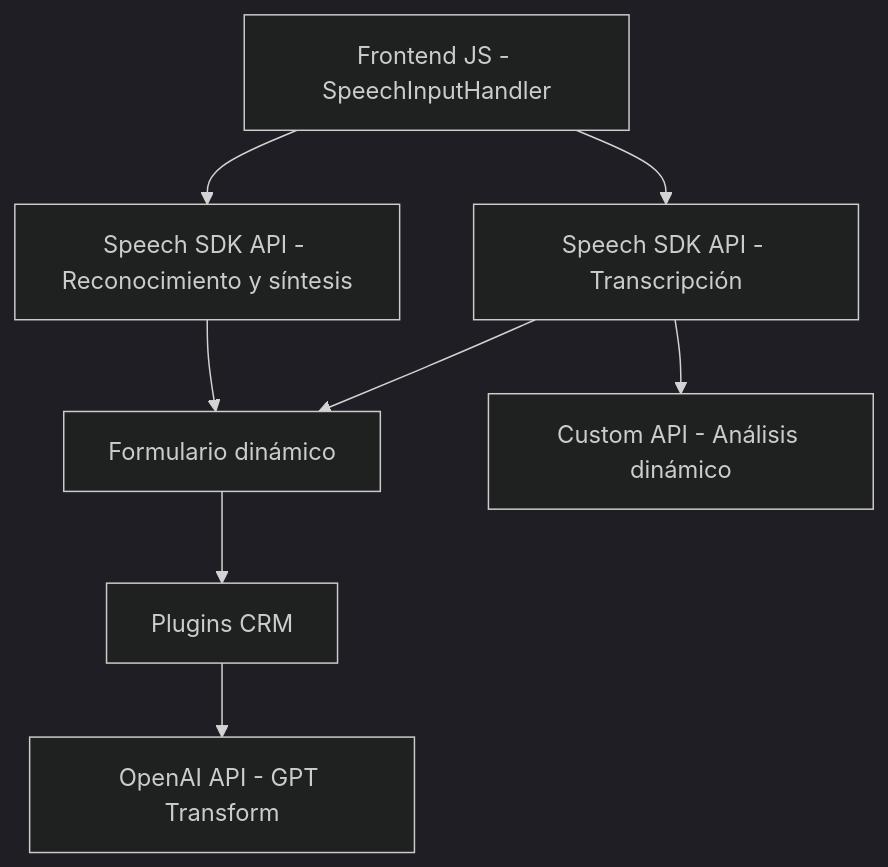
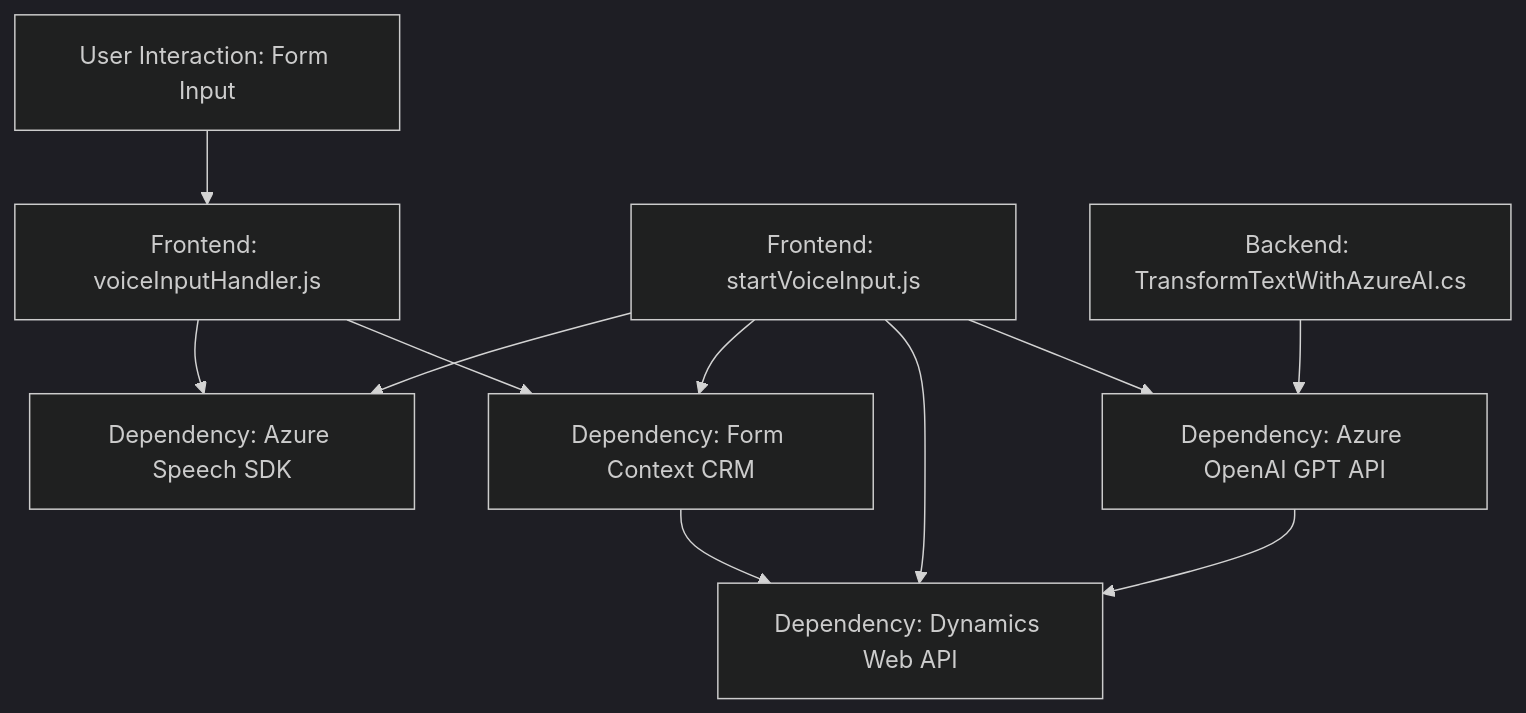
Before and after one commit to blopezdm/NETCORE_BILBAO2025: the diagram in README.md, drawn with Mermaid (dark theme). The commit also changed other lines of this file, not shown here.

Commit message:
Actualizar análisis global de la solución con IA

````diff
--- a/README.md
+++ b/README.md
@@ -54,10 +62,22 @@
 ```mermaid
 graph TD
-    A["Frontend JS - VoiceInputHandler"] --> B["Speech SDK API - Reconocimiento y síntesis"]
-    B["Speech SDK API - Reconocimiento y síntesis"] --> C["Formulario dinámico"]
-    A["Frontend JS - SpeechInputHandler"] --> D["Speech SDK API - Transcripción"]
-    D["Speech SDK API - Transcripción"] --> C["Formulario dinámico"]
-    D["Speech SDK API - Transcripción"] --> E["Custom API - Análisis dinámico"]
-    C["Formulario dinámico"] --> F["Plugins CRM"]
-    F["Plugins CRM"] --> G["OpenAI API - GPT Transform"]
+    A["Frontend: voiceInputHandler.js"]
+    B["Frontend: startVoiceInput.js"]
+    C["Backend: TransformTextWithAzureAI.cs"]
+    D["Dependency: Azure Speech SDK"]
+    E["Dependency: Dynamics Web API"]
+    F["Dependency: Azure OpenAI GPT API"]
+    G["Dependency: Form Context CRM"]
+    H["User Interaction: Form Input"]
+
+    H --> A
+    A --> D
+    A --> G
+    B --> D
+    B --> G
+    B --> E
+    B --> F
+    G --> E
+    C --> F
+    F --> E
 ```
````
